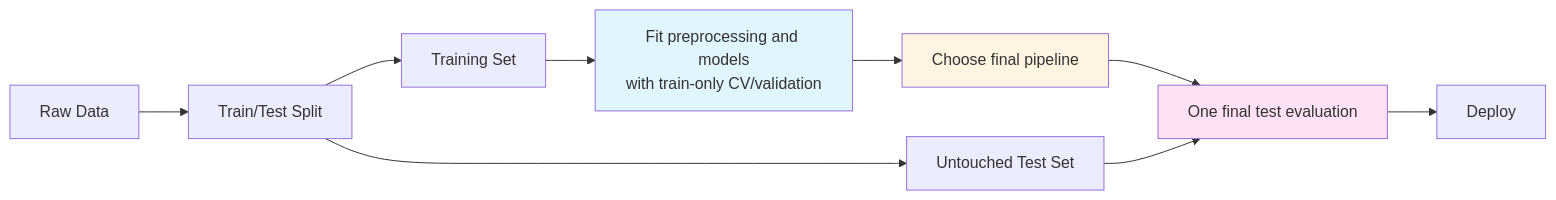
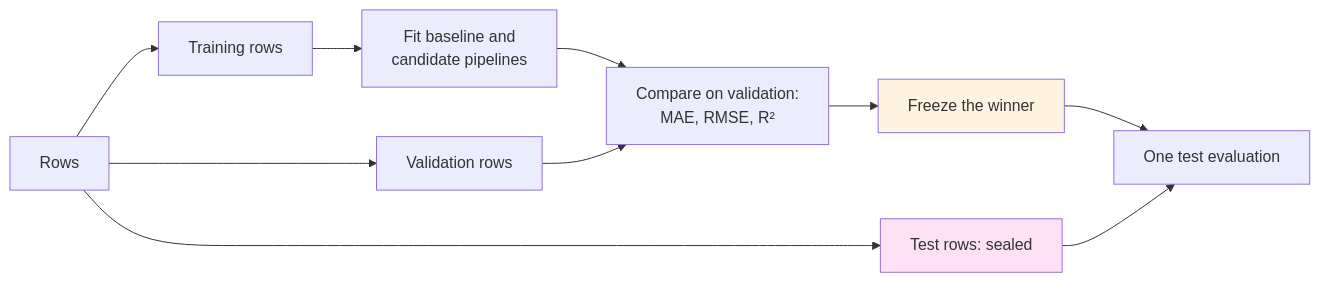
The second of 3 diagrams in 10/README.md (christopherseaman/datasci_217), drawn with Mermaid before and after one commit. The commit also changed other lines of this file and 28 other files, not shown here.

````diff
--- a/10/README.md
+++ b/10/README.md
@@ -423,15 +616,14 @@
 ```mermaid
 flowchart LR
-    A[Raw Data] --> B[Train/Test Split]
-    B --> C[Training Set]
-    B --> D[Untouched Test Set]
-    C --> E[Fit preprocessing and models<br/>with train-only CV/validation]
-    E --> F[Choose final pipeline]
-    F --> G[One final test evaluation]
-    D --> G
-    G --> H[Deploy]
-    
-    style E fill:#e1f5ff
-    style F fill:#fff4e1
-    style G fill:#ffe1f5
+    A[Rows] --> B[Training rows]
+    A --> C[Validation rows]
+    A --> D[Test rows: sealed]
+    B --> E[Fit baseline and<br/>candidate pipelines]
+    E --> F[Compare on validation:<br/>MAE, RMSE, R²]
+    C --> F
+    F --> G[Freeze the winner]
+    G --> H[One test evaluation]
+    D --> H
+    style D fill:#ffe1f5
+    style G fill:#fff4e1
 ```
````
